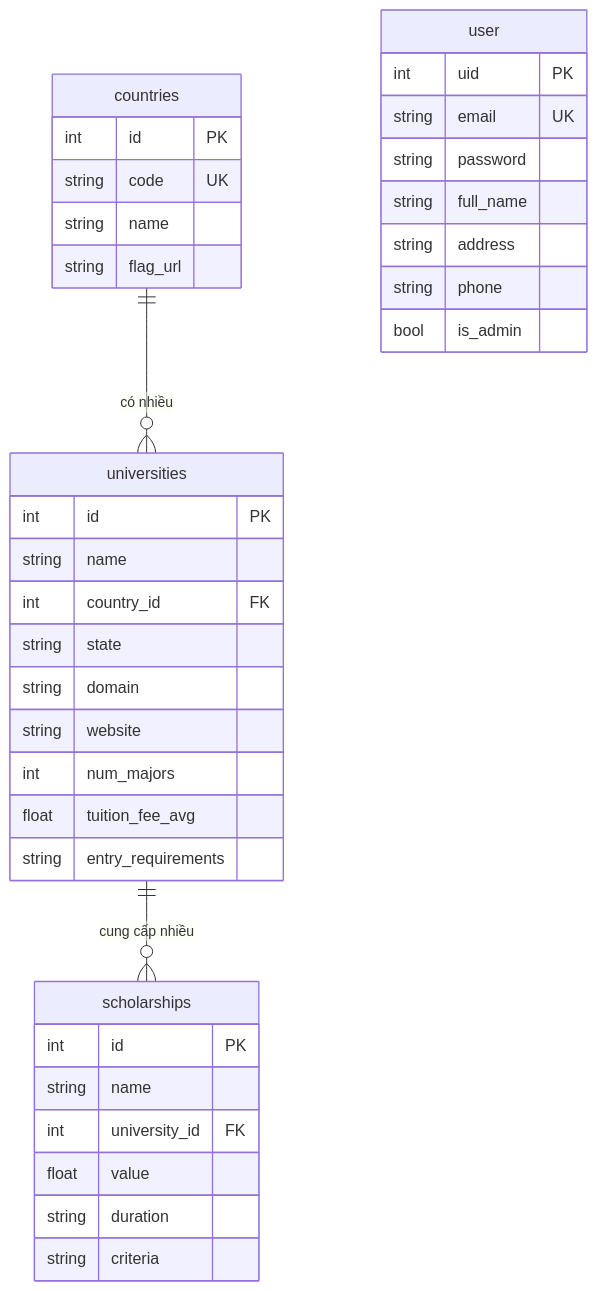
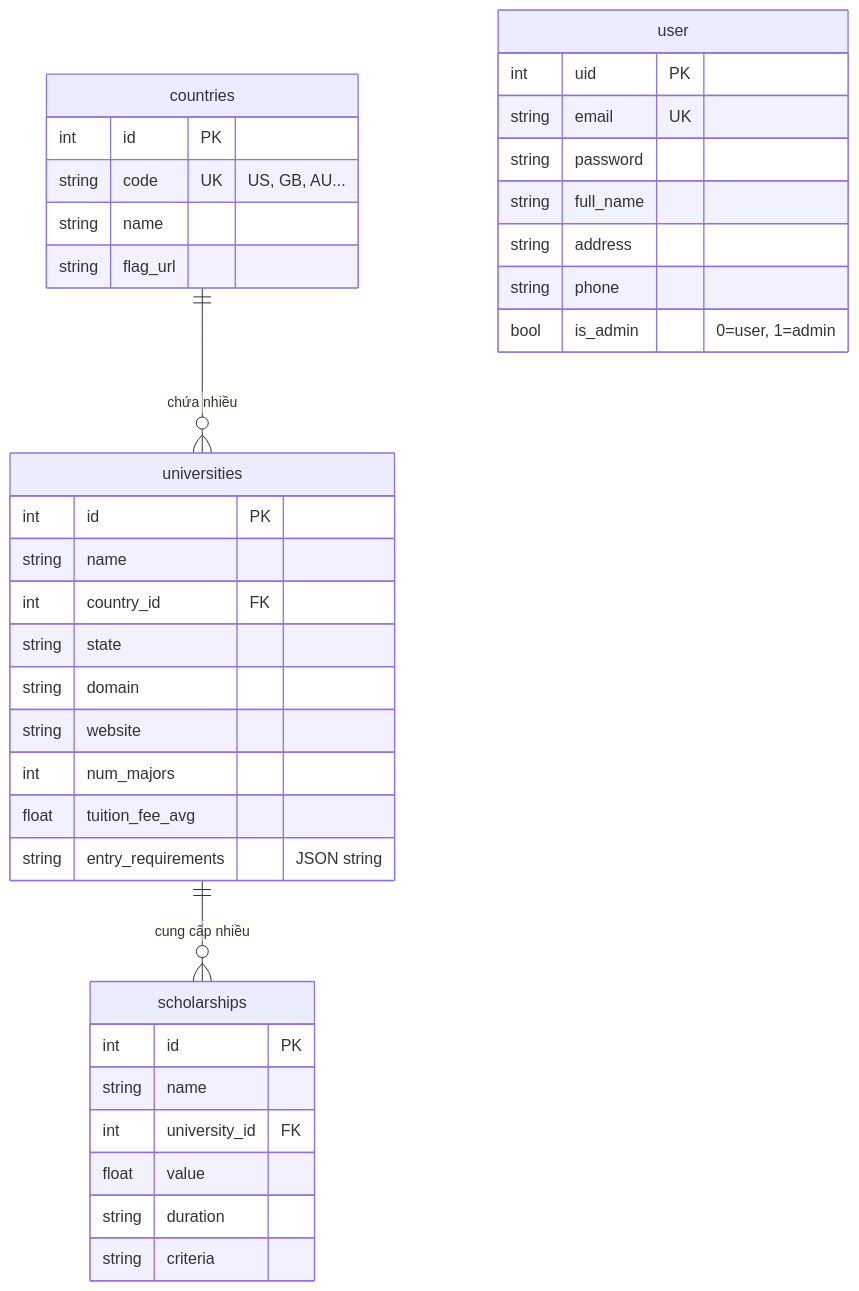
One commit to Atunnah/Study-Abroad-Information-Comparison-App changed the diagram in README.md. Above: the diagram before and after it, drawn with Mermaid. The commit also changed other lines of this file, not shown here.

````diff
--- a/README.md
+++ b/README.md
@@ -71,43 +84,43 @@
 ```mermaid
 erDiagram
-    countries ||--o{ universities : "có nhiều"
+    countries ||--o{ universities : "chứa nhiều"
     universities ||--o{ scholarships : "cung cấp nhiều"
 
     countries {
         int id PK
-        string code UK
+        string code UK "US, GB, AU..."
         string name
         string flag_url
     }
 
     universities {
         int id PK
         string name
         int country_id FK
         string state
         string domain
         string website
         int num_majors
         float tuition_fee_avg
-        string entry_requirements
+        string entry_requirements "JSON string"
     }
 
     scholarships {
         int id PK
         string name
         int university_id FK
         float value
         string duration
         string criteria
     }
 
     user {
         int uid PK
         string email UK
         string password
         string full_name
         string address
         string phone
-        bool is_admin
+        bool is_admin "0=user, 1=admin"
     }
 ```
````
